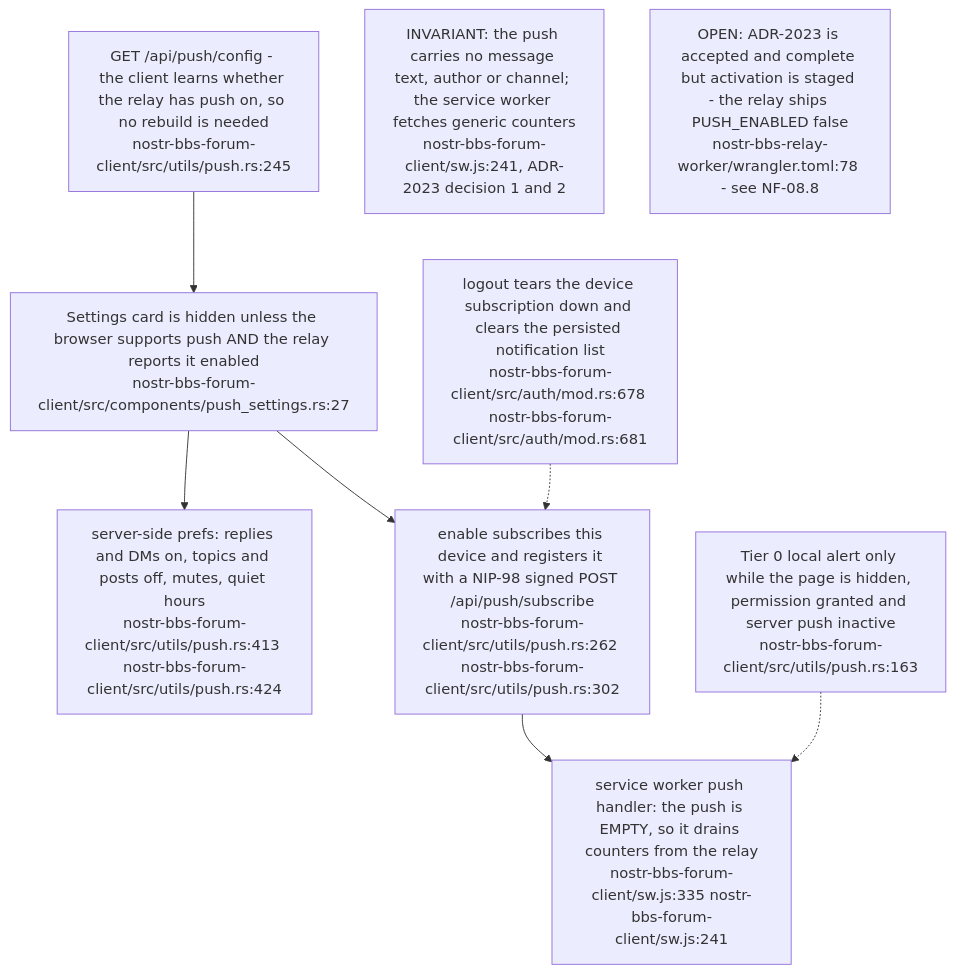
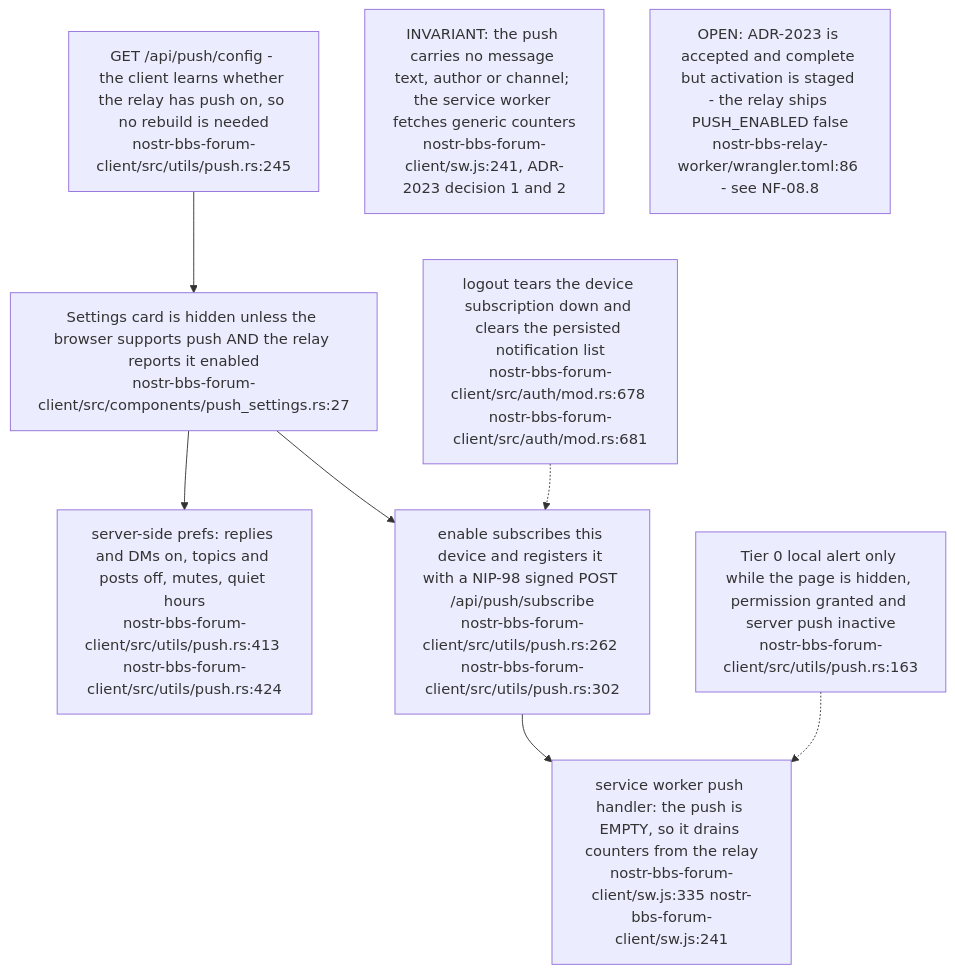
One commit to DreamLab-AI/VisionFlow changed diagram 17 of 17 in docs/diagrams/nostr-rust-forum/05-leptos-clients-onboarding-messaging-governance.md. Above: the diagram before and after it, drawn with Mermaid. The commit also changed other lines of this file and 145 other files, not shown here.

````diff
--- a/docs/diagrams/nostr-rust-forum/05-leptos-clients-onboarding-messaging-governance.md
+++ b/docs/diagrams/nostr-rust-forum/05-leptos-clients-onboarding-messaging-governance.md
@@ -544,18 +544,18 @@
 ```mermaid
 flowchart TB
     CFG["GET /api/push/config - the client learns whether the relay has push on, so no rebuild is needed<br/>nostr-bbs-forum-client/src/utils/push.rs:245"]
     CARD["Settings card is hidden unless the browser supports push AND the relay reports it enabled<br/>nostr-bbs-forum-client/src/components/push_settings.rs:27"]
     SUB["enable subscribes this device and registers it with a NIP-98 signed POST /api/push/subscribe<br/>nostr-bbs-forum-client/src/utils/push.rs:262 nostr-bbs-forum-client/src/utils/push.rs:302"]
     PREFS["server-side prefs: replies and DMs on, topics and posts off, mutes, quiet hours<br/>nostr-bbs-forum-client/src/utils/push.rs:413 nostr-bbs-forum-client/src/utils/push.rs:424"]
     SWPUSH["service worker push handler: the push is EMPTY, so it drains counters from the relay<br/>nostr-bbs-forum-client/sw.js:335 nostr-bbs-forum-client/sw.js:241"]
     LOCAL["Tier 0 local alert only while the page is hidden, permission granted and server push inactive<br/>nostr-bbs-forum-client/src/utils/push.rs:163"]
     OUT["logout tears the device subscription down and clears the persisted notification list<br/>nostr-bbs-forum-client/src/auth/mod.rs:678 nostr-bbs-forum-client/src/auth/mod.rs:681"]
 
     CFG --> CARD --> SUB --> SWPUSH
     CARD --> PREFS
     LOCAL -.-> SWPUSH
     OUT -.-> SUB
 
     N1["INVARIANT: the push carries no message text, author or channel; the service worker fetches generic counters<br/>nostr-bbs-forum-client/sw.js:241, ADR-2023 decision 1 and 2"]
-    N2["OPEN: ADR-2023 is accepted and complete but activation is staged - the relay ships PUSH_ENABLED false<br/>nostr-bbs-relay-worker/wrangler.toml:78 - see NF-08.8"]
+    N2["OPEN: ADR-2023 is accepted and complete but activation is staged - the relay ships PUSH_ENABLED false<br/>nostr-bbs-relay-worker/wrangler.toml:86 - see NF-08.8"]
 ```
````
